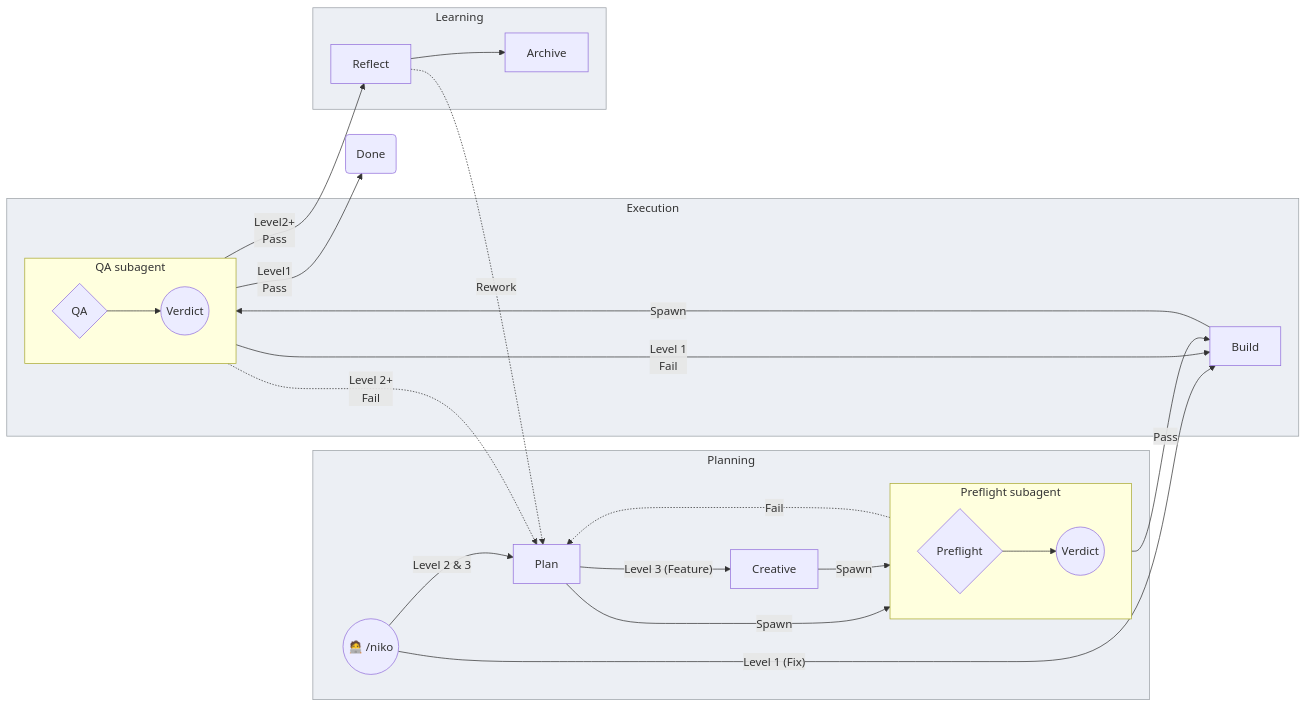
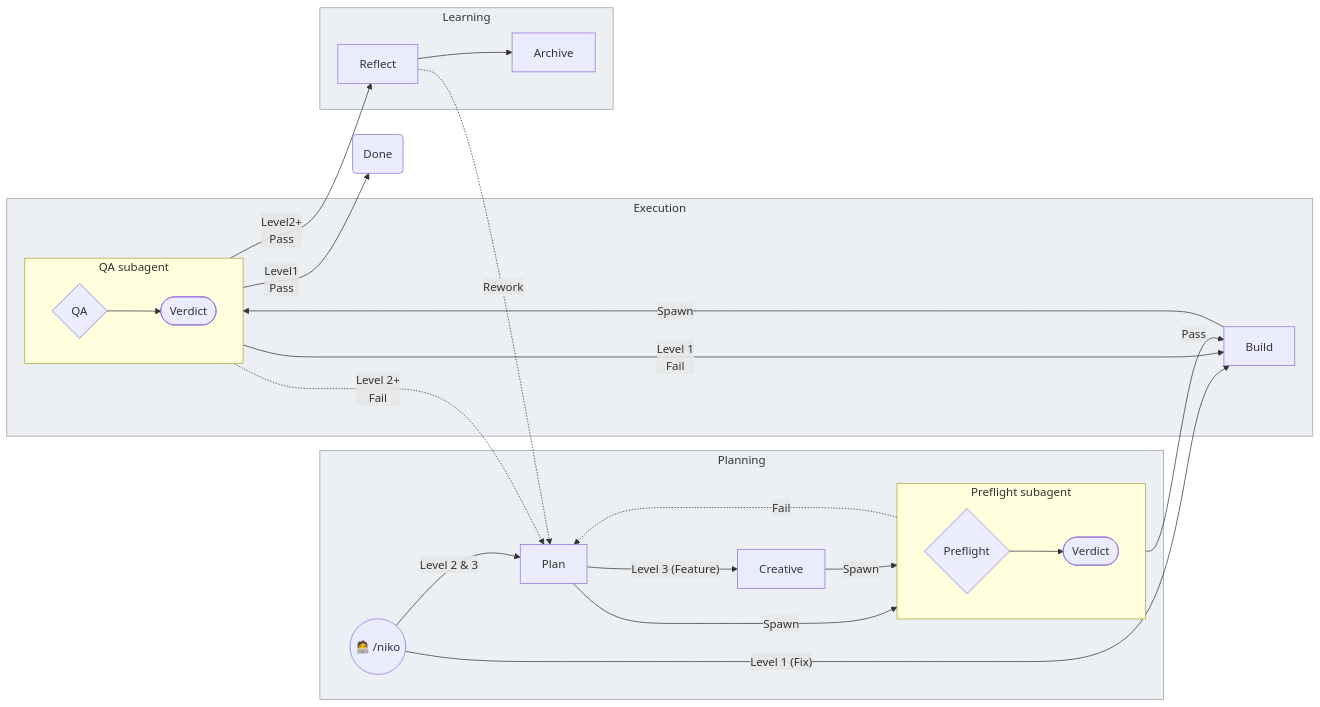
Before and after one commit to Texarkanine/.cursor-rules: the sixth of 7 diagrams in memory-bank/active/creative/creative-verification-diagrams-review.md, drawn with Mermaid. The commit also changed other lines of this file, not shown here.

Commit message:
chore: Verdict uses stadium shape, not start circle

````diff
--- a/memory-bank/active/creative/creative-verification-diagrams-review.md
+++ b/memory-bank/active/creative/creative-verification-diagrams-review.md
@@ -165,45 +165,45 @@
 ```mermaid
 flowchart LR
 	Niko(("🧑‍💻 /niko"))
 	Archive["Archive"]
 
 	subgraph Planning
 		Plan["Plan"]
 		Creative["Creative"]
 		Niko -- "Level 2 & 3" --> Plan
 		Plan -- "Level 3 (Feature)" --> Creative
 		Plan --Spawn--> PF
 		Creative --Spawn--> PF
 		subgraph PFSA["Preflight subagent"]
 			direction LR
-			PF{"Preflight"} --> PFV(("Verdict"))
+			PF{"Preflight"} --> PFV(["Verdict"])
 		end
 		PFV -.->|"Fail"| Plan
 	end
 
 	Niko -- "Level 1 (Fix)" --> Build
 	PFV -->|"Pass"| Build
 
 	subgraph Execution
 		Build["Build"]
 		Build --Spawn--> QA
 		subgraph QASA["QA subagent"]
 			direction LR
-			QA{"QA"} --> QAV(("Verdict"))
+			QA{"QA"} --> QAV(["Verdict"])
 		end
 	end
 
 	QAV -->|"Level 1<br>Fail"| Build
 	QAV -.->|"Level 2+<br>Fail"| Plan
 	QAV -->|"Level1<br>Pass"| Done("Done")
 	QAV -->|"Level2+<br>Pass"| Reflect
 
 	subgraph Learning
 		Reflect["Reflect"]
 		Reflect -.->|"Rework"| Plan
 		Reflect --> Archive
 	end
 
 	classDef ideology fill:#eceff4,stroke:#9aa0a6,color:#333
 	class Planning,Execution,Learning ideology
 ```
````
